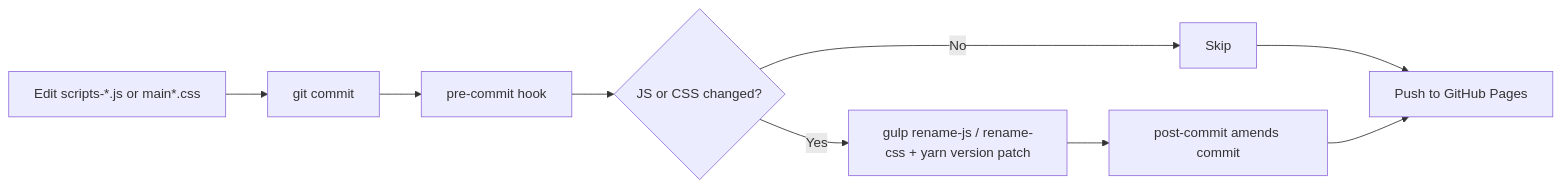
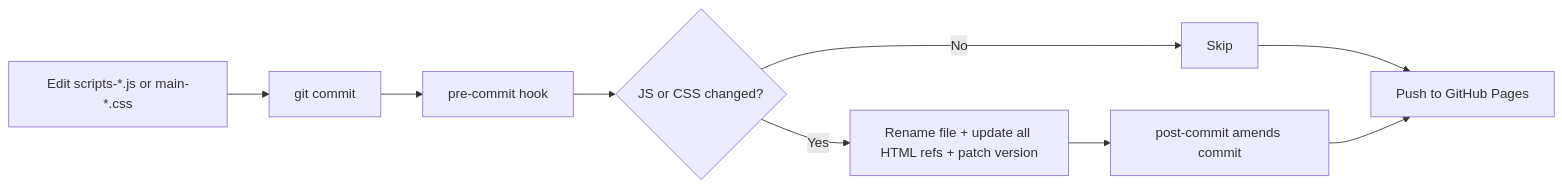
The third of 3 diagrams in README.md (traleemasjidkicc/traleemasjidkicc.github.io), drawn with Mermaid before and after one commit. The commit also changed other lines of this file and 7 other files, not shown here.

````diff
--- a/README.md
+++ b/README.md
@@ -133,11 +349,11 @@
 ```mermaid
 flowchart LR
-    A[Edit scripts-*.js or main*.css] --> B[git commit]
+    A[Edit scripts-*.js or main-*.css] --> B[git commit]
     B --> C[pre-commit hook]
     C --> D{JS or CSS changed?}
-    D -->|Yes| E[gulp rename-js / rename-css + yarn version patch]
+    D -->|Yes| E[Rename file + update all HTML refs + patch version]
     D -->|No| F[Skip]
     E --> G[post-commit amends commit]
     F --> H[Push to GitHub Pages]
     G --> H
 ```
````
